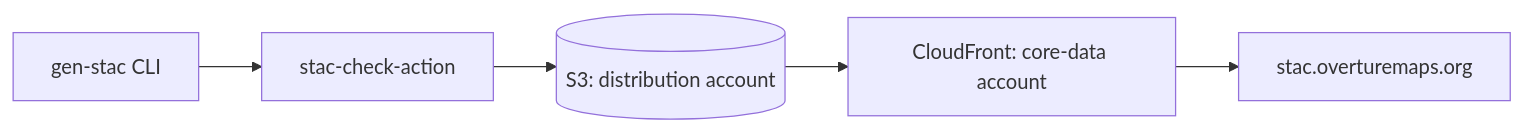
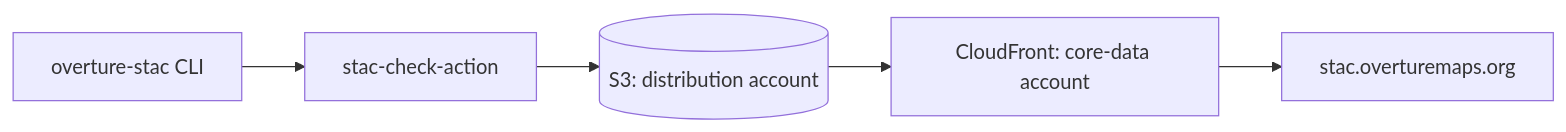
One commit to OvertureMaps/stac changed the diagram in docs/architecture.md. Above: the diagram before and after it, drawn with Mermaid. The commit also changed other lines of this file and 1 other file, not shown here.

Commit message:
docs: refresh README and architecture doc for Rust

````diff
--- a/docs/architecture.md
+++ b/docs/architecture.md
@@ -9,7 +7,7 @@
 ```mermaid
 flowchart LR
-    A[gen-stac CLI] --> B[stac-check-action]
+    A[overture-stac CLI] --> B[stac-check-action]
     B --> C[(S3: distribution account)]
     C --> D[CloudFront: core-data account]
     D --> E[stac.overturemaps.org]
 ```
````
